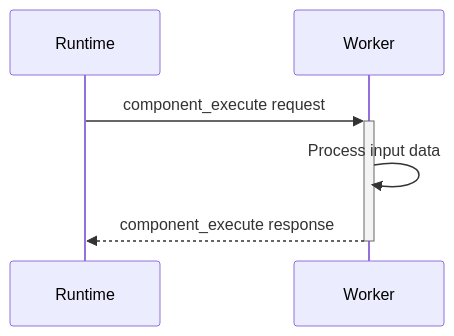
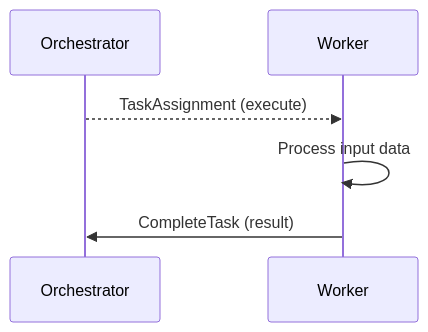
Before and after one commit to stepflow-ai/stepflow: the first of 2 diagrams in docs/docs/protocol/bidirectional.md, drawn with Mermaid. The commit also changed other lines of this file and 28 other files, not shown here.

First line of the commit message:
docs: Update documentation for gRPC-first architecture

````diff
--- a/docs/docs/protocol/bidirectional.md
+++ b/docs/docs/protocol/bidirectional.md
@@ -25,9 +26,9 @@
 ```mermaid
 sequenceDiagram
-    participant R as Runtime
-    participant S as Worker
+    participant O as Orchestrator
+    participant W as Worker
 
-    R->>+S: component_execute request
-    S->>S: Process input data
-    S-->>-R: component_execute response
+    O-->>W: TaskAssignment (execute)
+    W->>W: Process input data
+    W->>O: CompleteTask (result)
 ```
````
